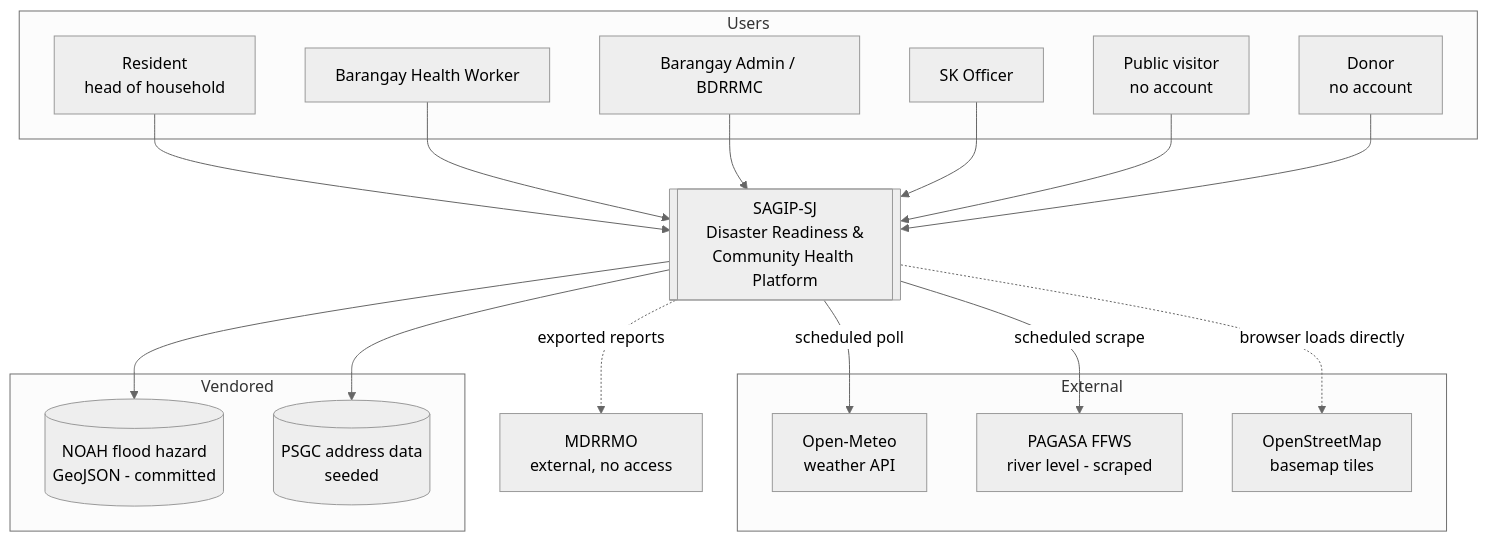
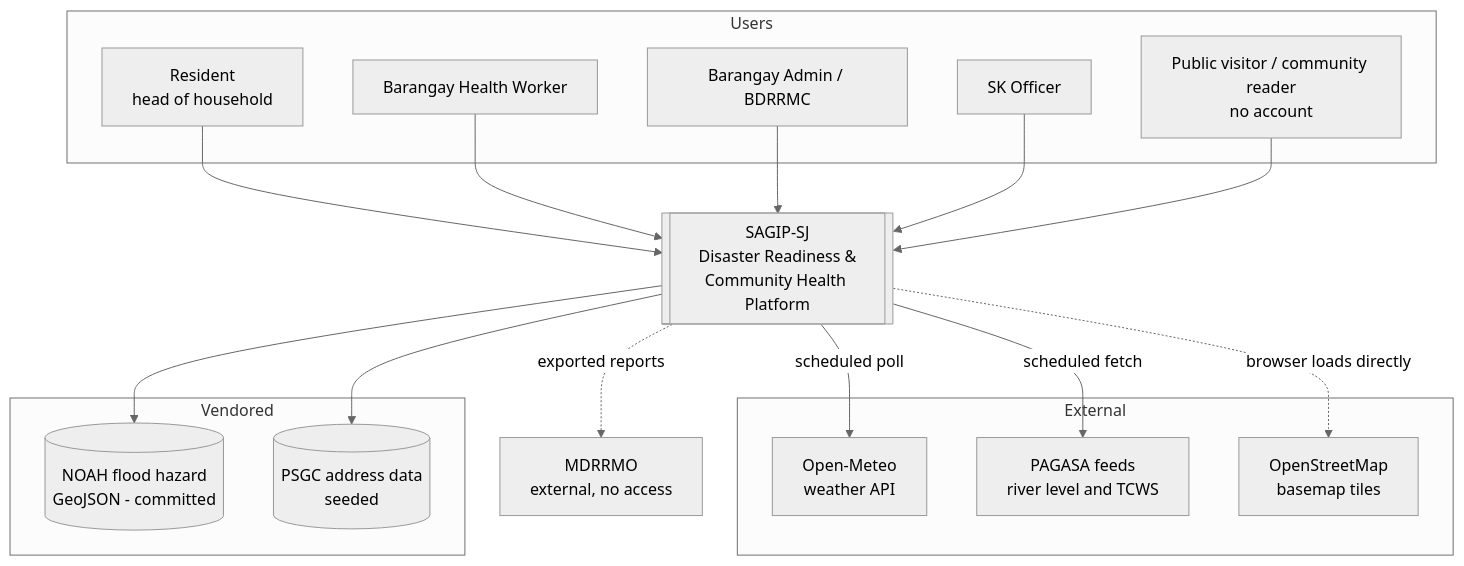
One commit to MaChewwwww/Project_Pitching changed the first of 7 diagrams in docs/architecture.md. Above: the diagram before and after it, drawn with Mermaid (neutral theme). The commit also changed other lines of this file and 7 other files, not shown here.

Commit message:
docs: update core specifications and architecture documentation

````diff
--- a/docs/architecture.md
+++ b/docs/architecture.md
@@ -30,39 +30,37 @@
 ```mermaid
 graph TB
     subgraph Users
         R[Resident<br/>head of household]
         B[Barangay Health Worker]
         A[Barangay Admin / BDRRMC]
         S[SK Officer]
-        P[Public visitor<br/>no account]
-        D[Donor<br/>no account]
+        P[Public visitor / community reader<br/>no account]
     end
 
     SYS[["SAGIP-SJ<br/>Disaster Readiness &<br/>Community Health Platform"]]
 
     subgraph External
         OM[Open-Meteo<br/>weather API]
-        PG[PAGASA FFWS<br/>river level - scraped]
+        PG[PAGASA feeds<br/>river level and TCWS]
         OSM[OpenStreetMap<br/>basemap tiles]
     end
 
     subgraph Vendored
         NOAH[(NOAH flood hazard<br/>GeoJSON - committed)]
         PSGC[(PSGC address data<br/>seeded)]
     end
 
     R --> SYS
     B --> SYS
     A --> SYS
     S --> SYS
     P --> SYS
-    D --> SYS
 
     SYS -->|scheduled poll| OM
-    SYS -->|scheduled scrape| PG
+    SYS -->|scheduled fetch| PG
     SYS -.->|browser loads directly| OSM
     SYS --> NOAH
     SYS --> PSGC
 
     SYS -.->|exported reports| MD[MDRRMO<br/>external, no access]
 ```
````
